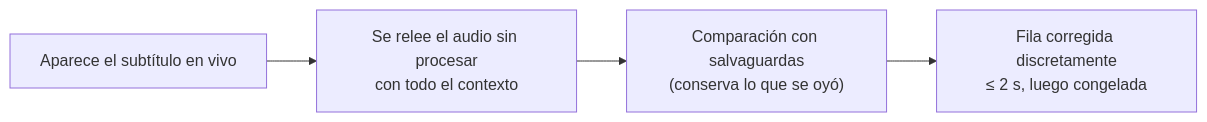
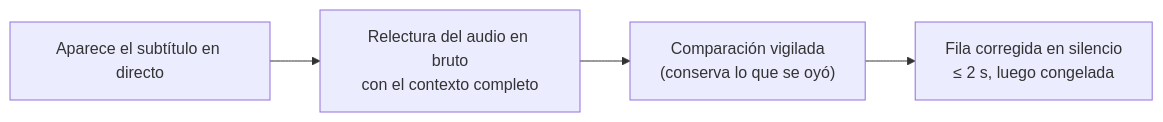
The third of 4 diagrams in README_es.md (rpalm01-star/VigilantEarLegal), drawn with Mermaid before and after one commit. The commit also changed other lines of this file and 14 other files, not shown here.

````diff
--- a/README_es.md
+++ b/README_es.md
@@ -168,4 +187,4 @@
 ```mermaid
 graph LR
-    L["Aparece el subtítulo en vivo"] --> K["Se relee el audio sin procesar<br/>con todo el contexto"] --> V["Comparación con salvaguardas<br/>(conserva lo que se oyó)"] --> W["Fila corregida discretamente<br/>≤ 2 s, luego congelada"]
+    L["Aparece el subtítulo en directo"] --> K["Relectura del audio en bruto<br/>con el contexto completo"] --> V["Comparación vigilada<br/>(conserva lo que se oyó)"] --> W["Fila corregida en silencio<br/>≤ 2 s, luego congelada"]
 ```
````
